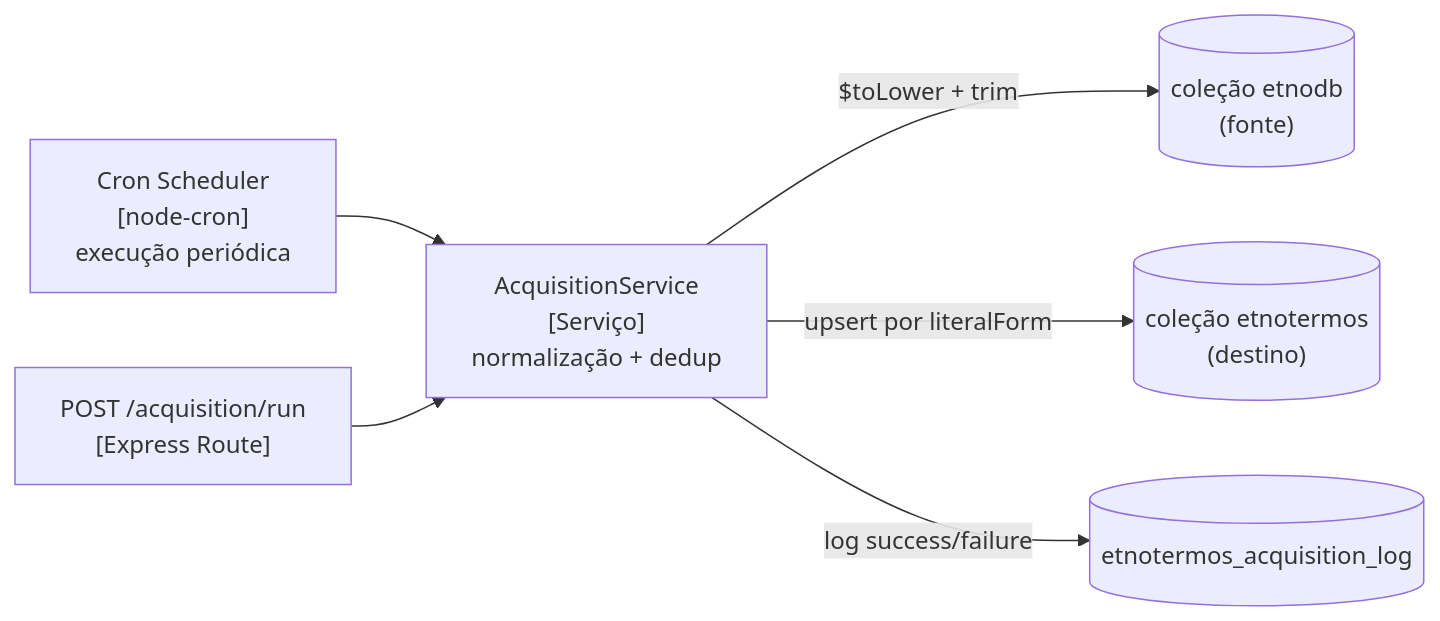
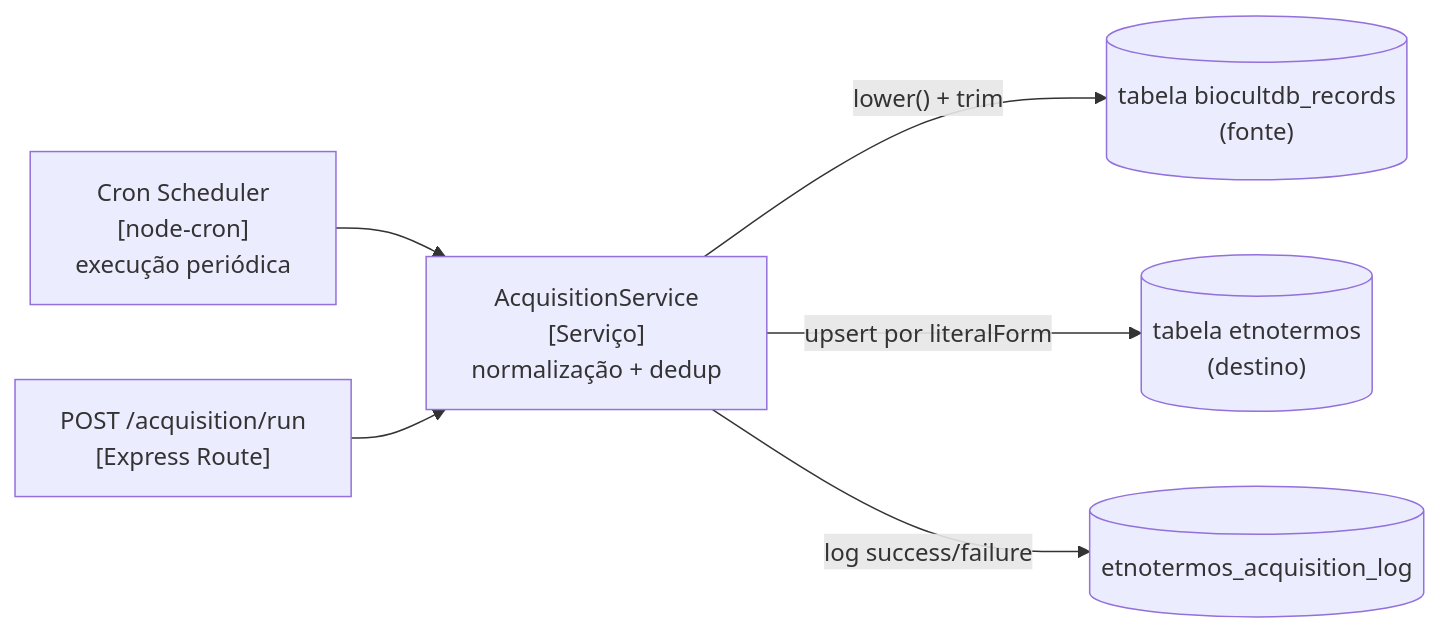
The third of 6 diagrams in README.md (edalcin/etnotermos), drawn with Mermaid before and after one commit. The commit also changed other lines of this file and 54 other files, not shown here.

````diff
--- a/README.md
+++ b/README.md
@@ -190,15 +190,15 @@
 ```mermaid
 graph LR
     CRON["Cron Scheduler\n[node-cron]\nexecução periódica"]
     ROUTE["POST /acquisition/run\n[Express Route]"]
     SVC["AcquisitionService\n[Serviço]\nnormalização + dedup"]
-    ETNCOL[("coleção etnodb\n(fonte)")]
-    TERMCOL[("coleção etnotermos\n(destino)")]
-    LOGCOL[("etnotermos_acquisition_log")]
+    ETNTBL[("tabela biocultdb_records\n(fonte)")]
+    TERMTBL[("tabela etnotermos\n(destino)")]
+    LOGTBL[("etnotermos_acquisition_log")]
 
     CRON --> SVC
     ROUTE --> SVC
-    SVC -->|"$toLower + trim"| ETNCOL
-    SVC -->|"upsert por literalForm"| TERMCOL
-    SVC -->|"log success/failure"| LOGCOL
+    SVC -->|"lower() + trim"| ETNTBL
+    SVC -->|"upsert por literalForm"| TERMTBL
+    SVC -->|"log success/failure"| LOGTBL
 ```
````
